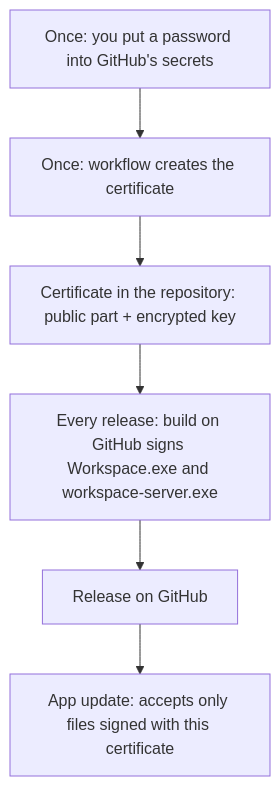
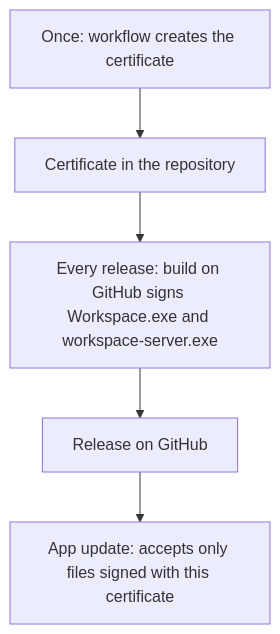
The diagram in docs/plans/SIGNING.md (GFGMNET/Workspace), drawn with Mermaid before and after one commit. The commit also changed other lines of this file and 15 other files, not shown here.

````diff
--- a/docs/plans/SIGNING.md
+++ b/docs/plans/SIGNING.md
@@ -56,8 +55,7 @@
 ```mermaid
 flowchart TD
-  A[Once: you put a password into GitHub's secrets] --> B[Once: workflow creates the certificate]
-  B --> C[Certificate in the repository: public part + encrypted key]
+  B[Once: workflow creates the certificate] --> C[Certificate in the repository]
   C --> D[Every release: build on GitHub signs Workspace.exe and workspace-server.exe]
   D --> E[Release on GitHub]
   E --> F[App update: accepts only files signed with this certificate]
 ```
````
